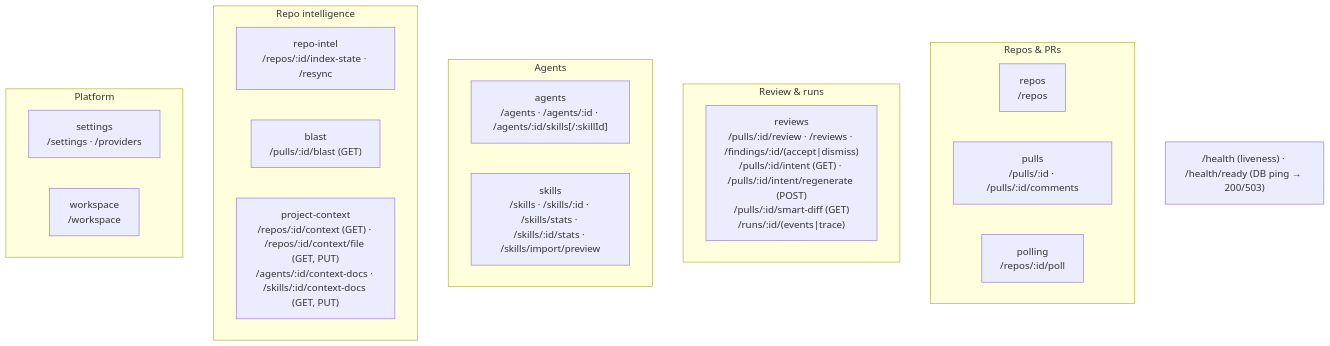
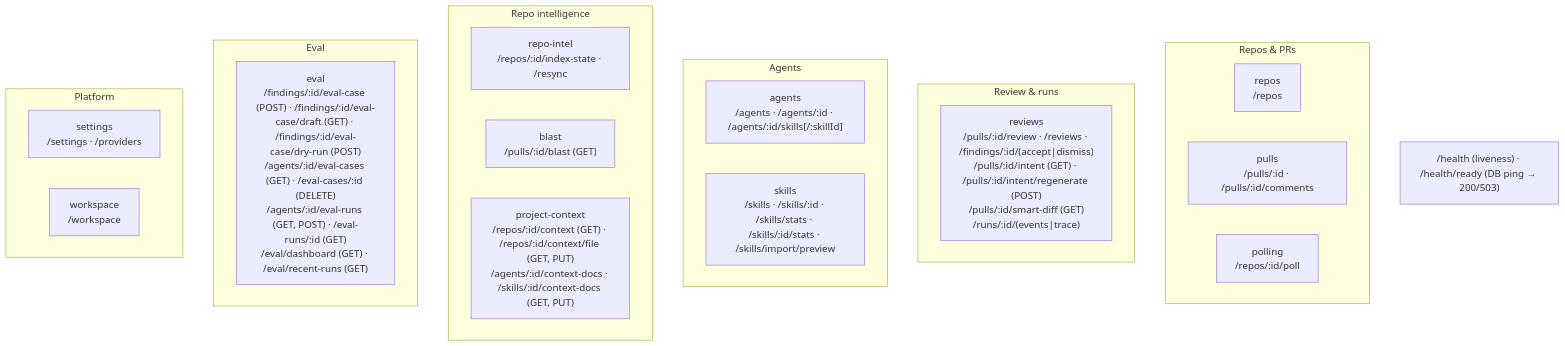
One commit to free3et/dev-digest changed the second of 2 diagrams in server/README.md. Above: the diagram before and after it, drawn with Mermaid. The commit also changed other lines of this file and 8 other files, not shown here.

````diff
--- a/server/README.md
+++ b/server/README.md
@@ -64,25 +64,28 @@
 ```mermaid
 flowchart TB
   subgraph Repos_PRs["Repos & PRs"]
     repos["repos<br/>/repos"]
     pulls["pulls<br/>/pulls/:id · /pulls/:id/comments"]
     polling["polling<br/>/repos/:id/poll"]
   end
   subgraph Review["Review & runs"]
     reviews["reviews<br/>/pulls/:id/review · /reviews · /findings/:id/(accept|dismiss)<br/>/pulls/:id/intent (GET) · /pulls/:id/intent/regenerate (POST)<br/>/pulls/:id/smart-diff (GET)<br/>/runs/:id/(events|trace)"]
   end
   subgraph Agents["Agents"]
     agents["agents<br/>/agents · /agents/:id · /agents/:id/skills[/:skillId]"]
     skills["skills<br/>/skills · /skills/:id · /skills/stats · /skills/:id/stats · /skills/import/preview"]
   end
   subgraph Intel["Repo intelligence"]
     repoIntel["repo-intel<br/>/repos/:id/index-state · /resync"]
     blast["blast<br/>/pulls/:id/blast (GET)"]
     projectContext["project-context<br/>/repos/:id/context (GET) · /repos/:id/context/file (GET, PUT)<br/>/agents/:id/context-docs · /skills/:id/context-docs (GET, PUT)"]
   end
+  subgraph Eval["Eval"]
+    evalMod["eval<br/>/findings/:id/eval-case (POST) · /findings/:id/eval-case/draft (GET) · /findings/:id/eval-case/dry-run (POST)<br/>/agents/:id/eval-cases (GET) · /eval-cases/:id (DELETE)<br/>/agents/:id/eval-runs (GET, POST) · /eval-runs/:id (GET)<br/>/eval/dashboard (GET) · /eval/recent-runs (GET)"]
+  end
   subgraph Platform["Platform"]
     settings["settings<br/>/settings · /providers"]
     workspace["workspace<br/>/workspace"]
   end
   HEALTH["/health (liveness) · /health/ready (DB ping → 200/503)"]
 ```
````
